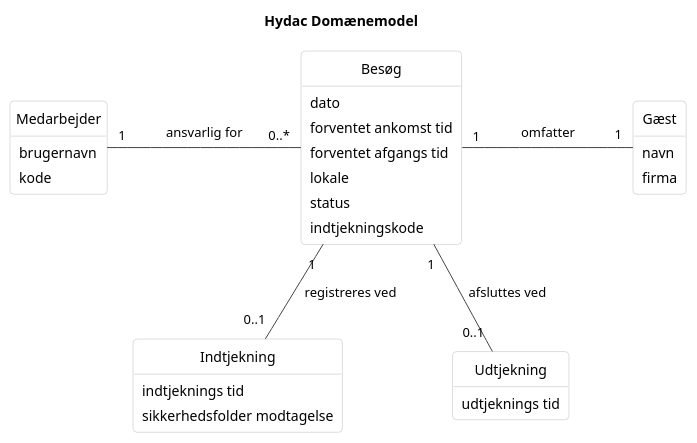
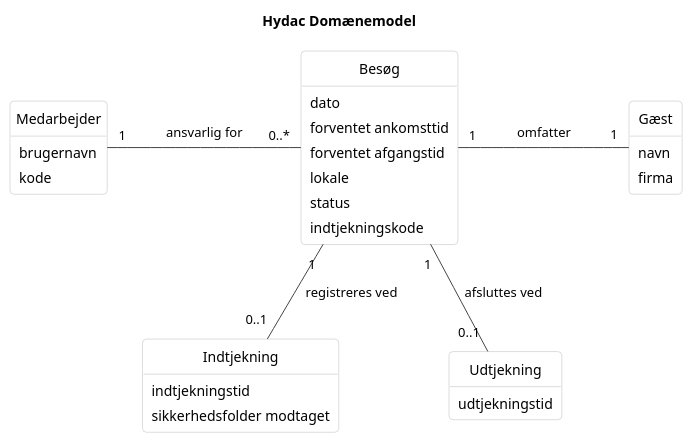
Before and after one commit to Zoabz/Hydac: the diagram in 2. Domænemodel/2. Domænemodel.puml, drawn with PlantUML. The commit also changed 38 other files, not shown here.

```diff
--- a/2. Domænemodel/2. Domænemodel.puml
+++ b/2. Domænemodel/2. Domænemodel.puml
@@ -1,64 +1,64 @@
 @startuml Hydac_Domaenemodel_v2
 
 skinparam backgroundColor White
 skinparam shadowing false
 skinparam defaultFontName Arial
 skinparam roundCorner 8
 skinparam linetype polyline
 skinparam nodesep 110
 skinparam ranksep 70
 skinparam padding 3
 skinparam titleFontStyle bold
 
 hide circle
 hide methods
 
 skinparam class {
     BackgroundColor White
     BorderColor #BBBBBB
     ArrowColor #444444
     FontColor Black
     AttributeFontColor Black
 }
 
 title Hydac Domænemodel
 
 class "Medarbejder" as Medarbejder {
     brugernavn
     kode
 }
 
 class "Besøg" as Besog {
     dato
-    forventet ankomst tid
-    forventet afgangs tid
+    forventet ankomsttid
+    forventet afgangstid
     lokale
     status
     indtjekningskode
 }
 
 class "Gæst" as Gaest {
     navn
     firma
 }
 
 class "Indtjekning" as Indtjekning {
-    indtjeknings tid
-    sikkerhedsfolder modtagelse
+    indtjekningstid
+    sikkerhedsfolder modtaget
 }
 
 class "Udtjekning" as Udtjekning {
-    udtjeknings tid
+    udtjekningstid
 }
 
 
 
 Medarbejder "1" -right- "0..*" Besog : ansvarlig for
 Besog "1" -right- "1" Gaest : omfatter
 
 Besog "1" -- "0..1" Indtjekning : registreres ved
 Besog "1" -- "0..1" Udtjekning : afsluttes ved
 
 Indtjekning -[hidden]right- Udtjekning
 
 @enduml
```
